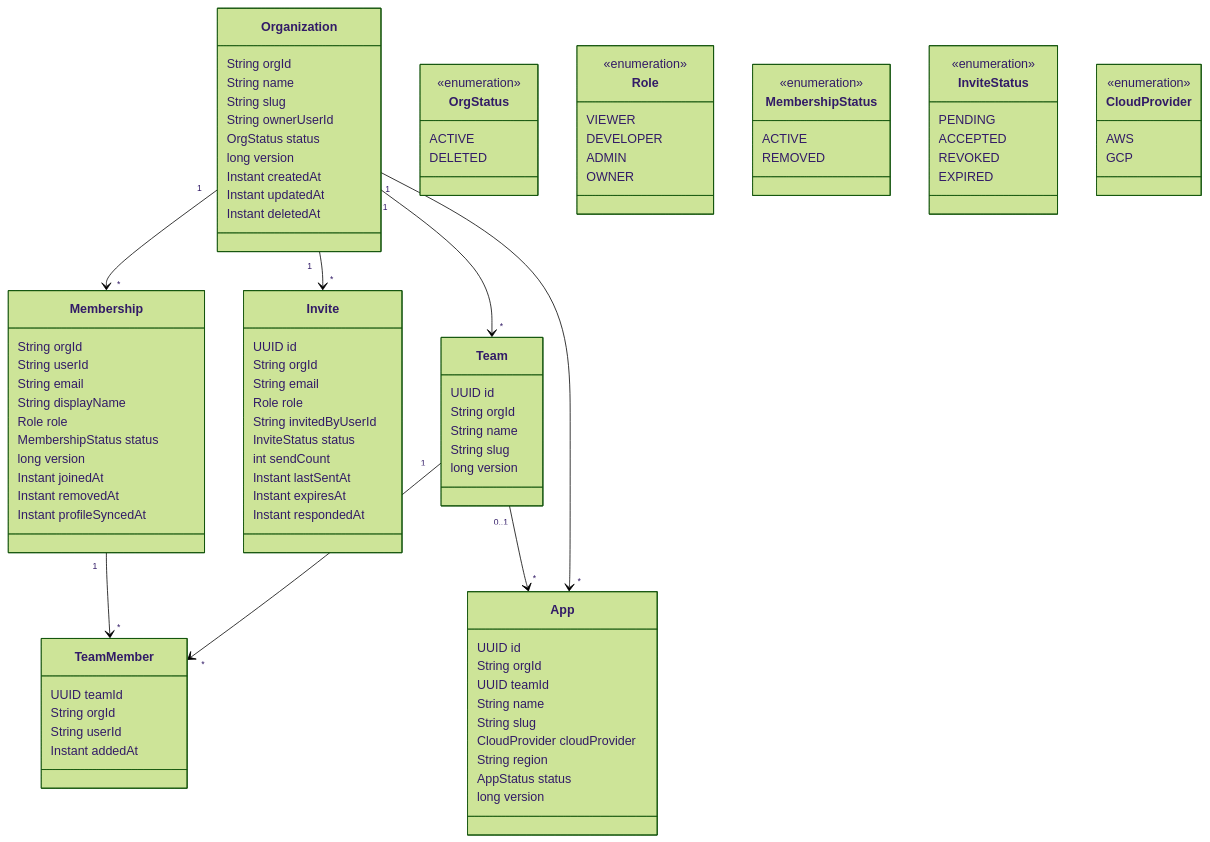
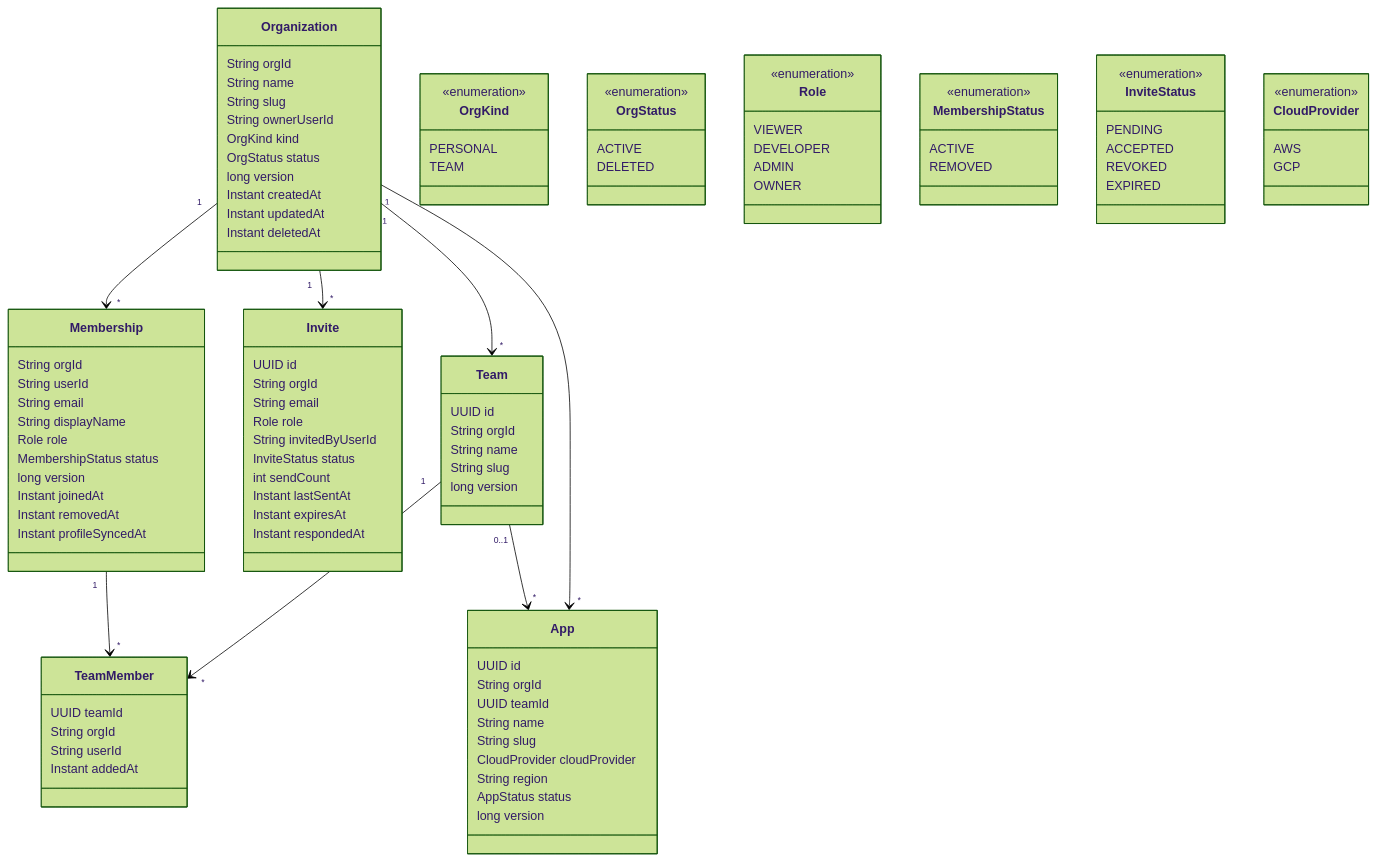
Before and after one commit to Wamitinewton/Pallet.io: the second of 9 diagrams in docs/org-team-service/ARCHITECTURE.md, drawn with Mermaid (forest theme). The commit also changed other lines of this file and 51 other files, not shown here.

First line of the commit message:
feat(org-team): let one account belong to many orgs

```diff
--- a/docs/org-team-service/ARCHITECTURE.md
+++ b/docs/org-team-service/ARCHITECTURE.md
@@ -170,11 +175,17 @@
         String name
         String slug
         String ownerUserId
+        OrgKind kind
         OrgStatus status
         long version
         Instant createdAt
         Instant updatedAt
         Instant deletedAt
+    }
+    class OrgKind {
+        <<enumeration>>
+        PERSONAL
+        TEAM
     }
     class OrgStatus {
         <<enumeration>>
```
